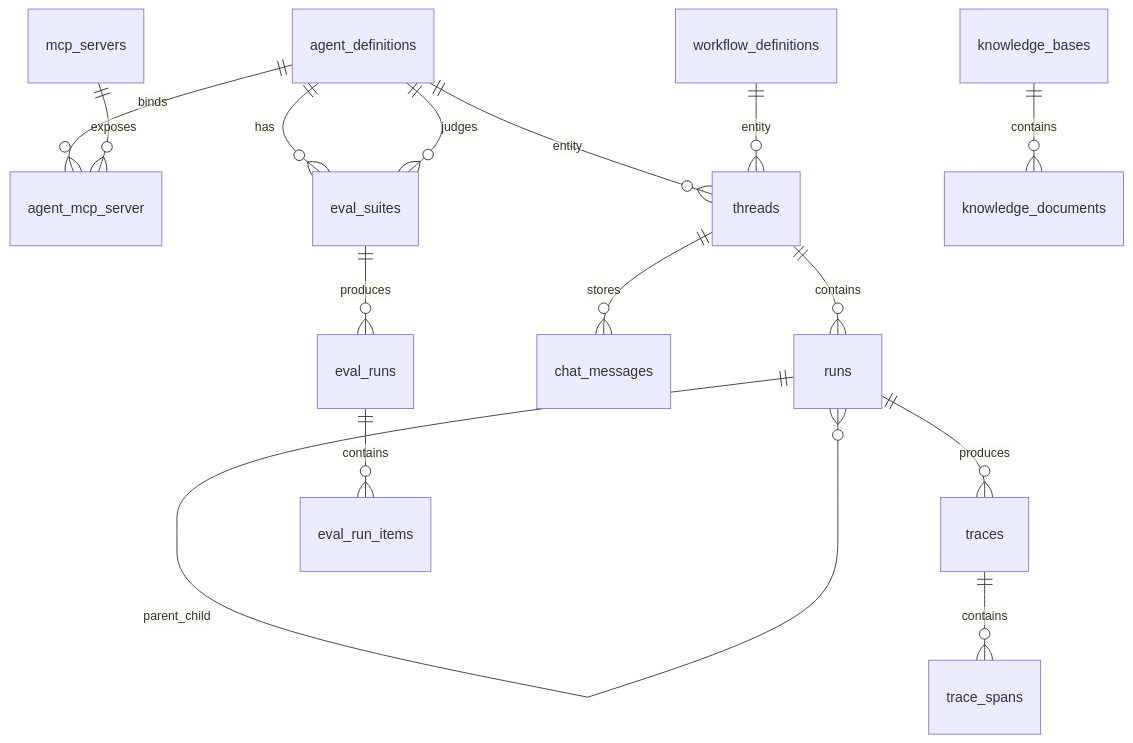
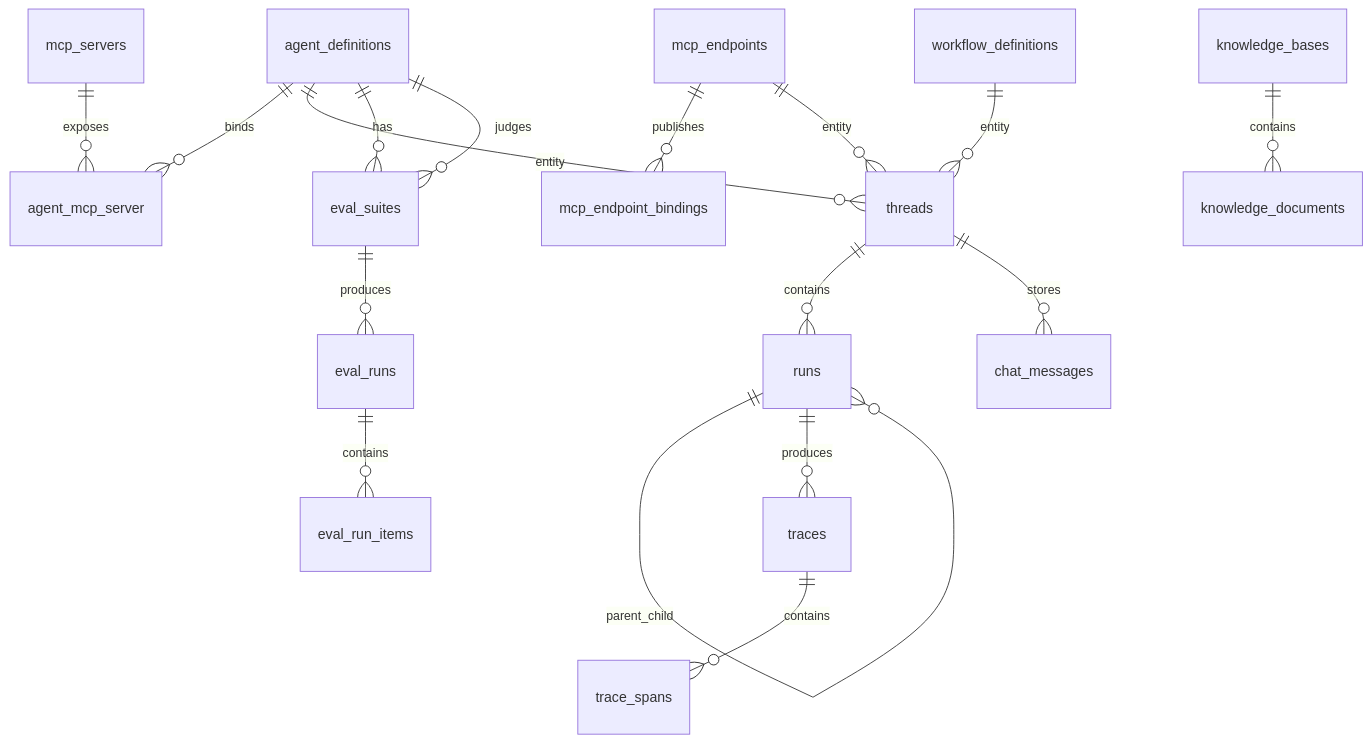
Before and after one commit to digitalelvis/neuronai-studio: the diagram in docs/reference/database-schema.md, drawn with Mermaid. The commit also changed other lines of this file and 31 other files, not shown here.

First line of the commit message:
feat(mcp): expose Studio as curated MCP endpoints

````diff
--- a/docs/reference/database-schema.md
+++ b/docs/reference/database-schema.md
@@ -38,17 +40,19 @@
 ```mermaid
 erDiagram
     agent_definitions ||--o{ agent_mcp_server : binds
     mcp_servers ||--o{ agent_mcp_server : exposes
+    mcp_endpoints ||--o{ mcp_endpoint_bindings : publishes
     agent_definitions ||--o{ threads : entity
     workflow_definitions ||--o{ threads : entity
+    mcp_endpoints ||--o{ threads : entity
     threads ||--o{ runs : contains
     threads ||--o{ chat_messages : stores
     runs ||--o{ runs : parent_child
     runs ||--o{ traces : produces
     traces ||--o{ trace_spans : contains
     agent_definitions ||--o{ eval_suites : has
     agent_definitions ||--o{ eval_suites : judges
     eval_suites ||--o{ eval_runs : produces
     eval_runs ||--o{ eval_run_items : contains
     knowledge_bases ||--o{ knowledge_documents : contains
 ```
````
